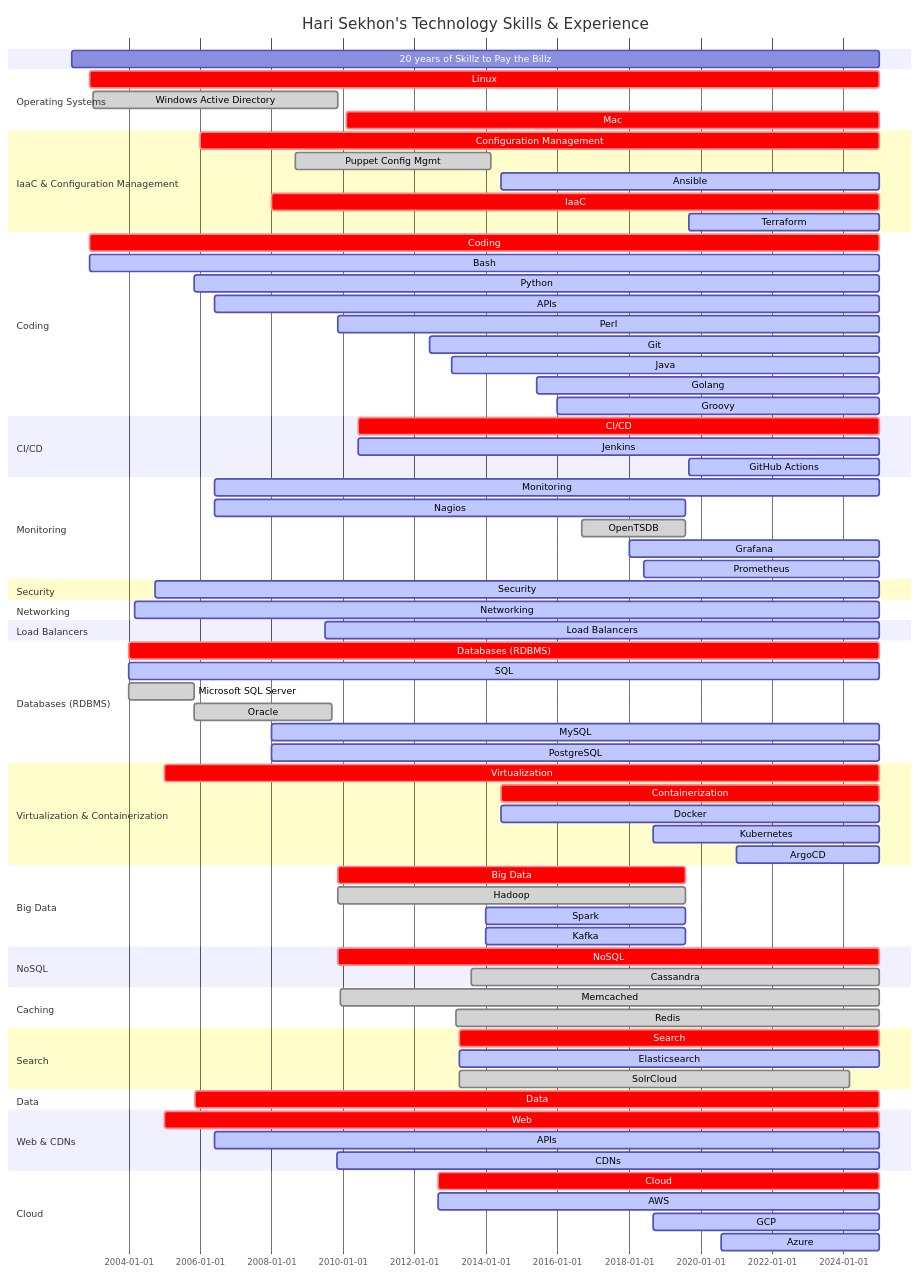
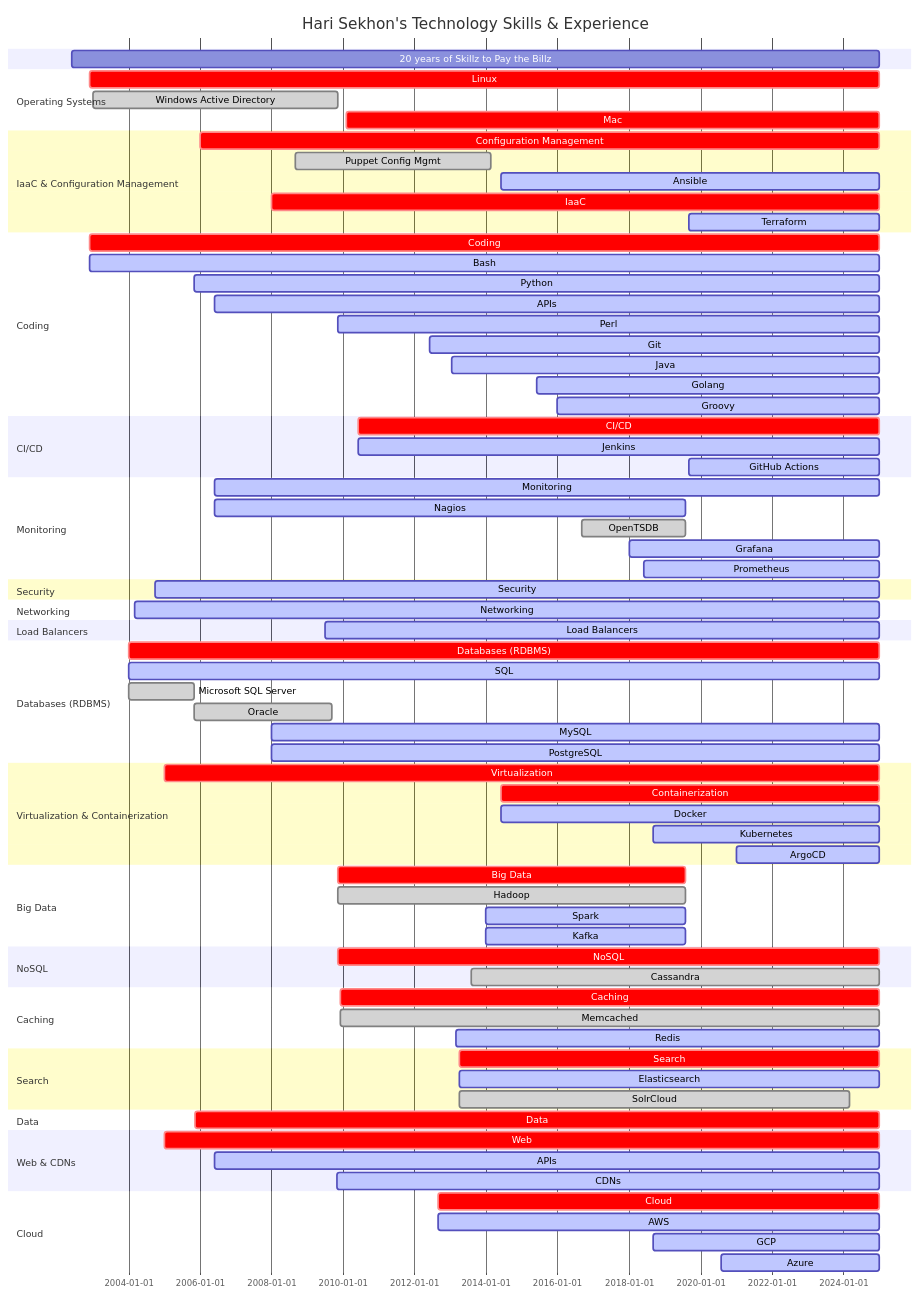
One commit to HariSekhon/HariSekhon changed the diagram in README.md. Above: the diagram before and after it, drawn with Mermaid.

```diff
--- a/README.md
+++ b/README.md
@@ -409,8 +409,9 @@
     %%Couchbase              : done, 2013-11-01, 2024-03-01
 
     section Caching
+    Caching                : crit, 2009-11-31, 2024-12-31
     Memcached              : done, 2009-11-31, 2024-12-31
-    Redis                  : done, 2013-03-01, 2024-12-31
+    Redis                  : active, 2013-03-01, 2024-12-31
 
     section Search
     Search                 : crit, 2013-03-31, 2024-12-31
```
